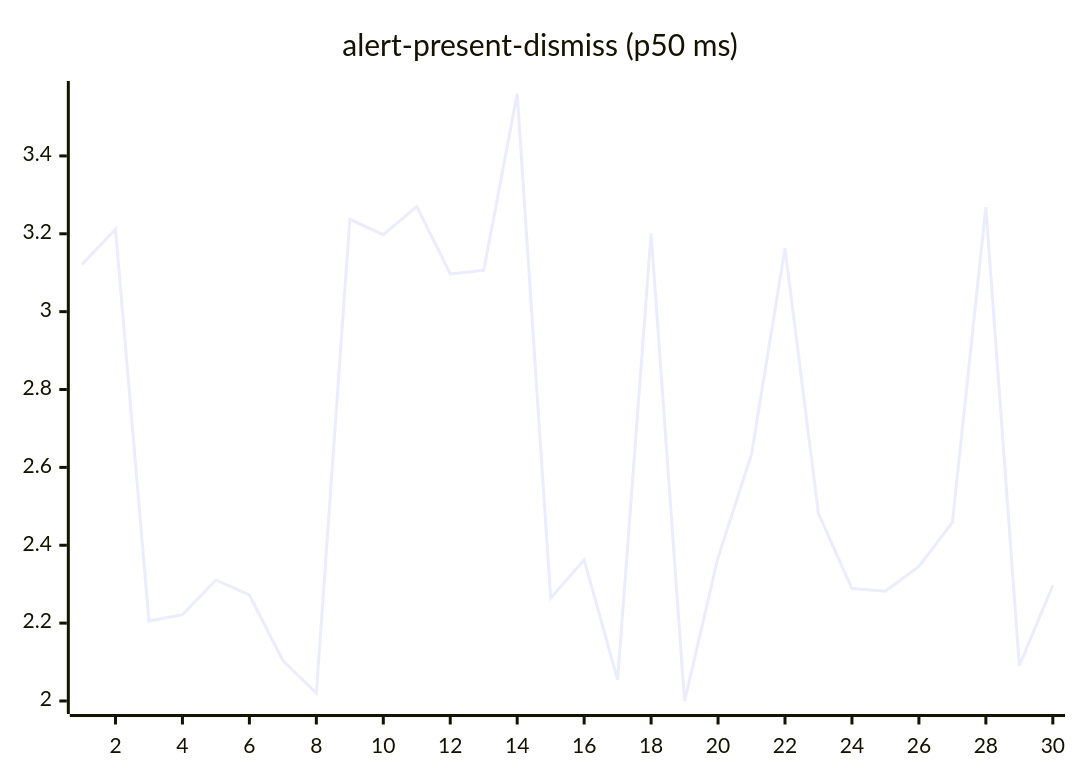
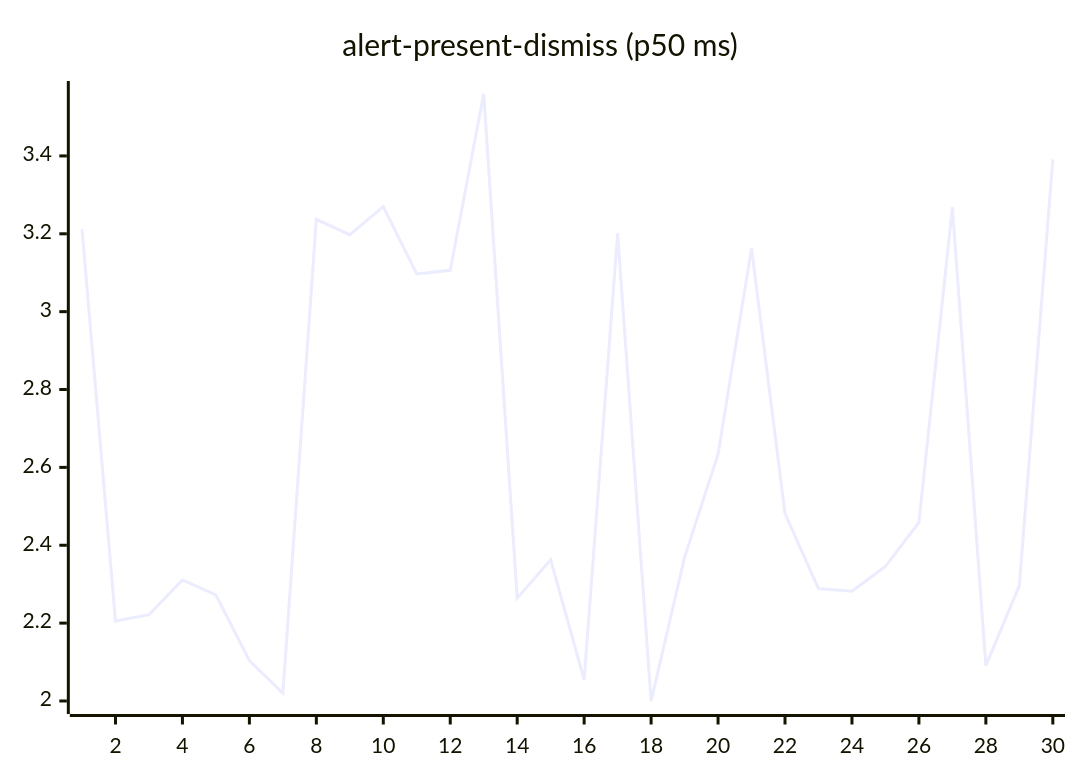
Before and after one commit to josha/Facet: the second of 27 diagrams in README.md, drawn with Mermaid. The commit also changed other lines of this file and 2 other files, not shown here.

````diff
--- a/README.md
+++ b/README.md
@@ -70,6 +70,6 @@
 ```mermaid
 xychart-beta
     title "alert-present-dismiss (p50 ms)"
     x-axis 1 --> 30
-    line [3.1212, 3.2117, 2.2054, 2.2216, 2.3109, 2.2722, 2.1040, 2.0200, 3.2371, 3.1976, 3.2697, 3.0970, 3.1061, 3.5597, 2.2642, 2.3626, 2.0543, 3.2013, 1.9993, 2.3689, 2.6340, 3.1626, 2.4814, 2.2888, 2.2819, 2.3455, 2.4588, 3.2682, 2.0908, 2.2965]
+    line [3.2117, 2.2054, 2.2216, 2.3109, 2.2722, 2.1040, 2.0200, 3.2371, 3.1976, 3.2697, 3.0970, 3.1061, 3.5597, 2.2642, 2.3626, 2.0543, 3.2013, 1.9993, 2.3689, 2.6340, 3.1626, 2.4814, 2.2888, 2.2819, 2.3455, 2.4588, 3.2682, 2.0908, 2.2965, 3.3910]
 ```
````
